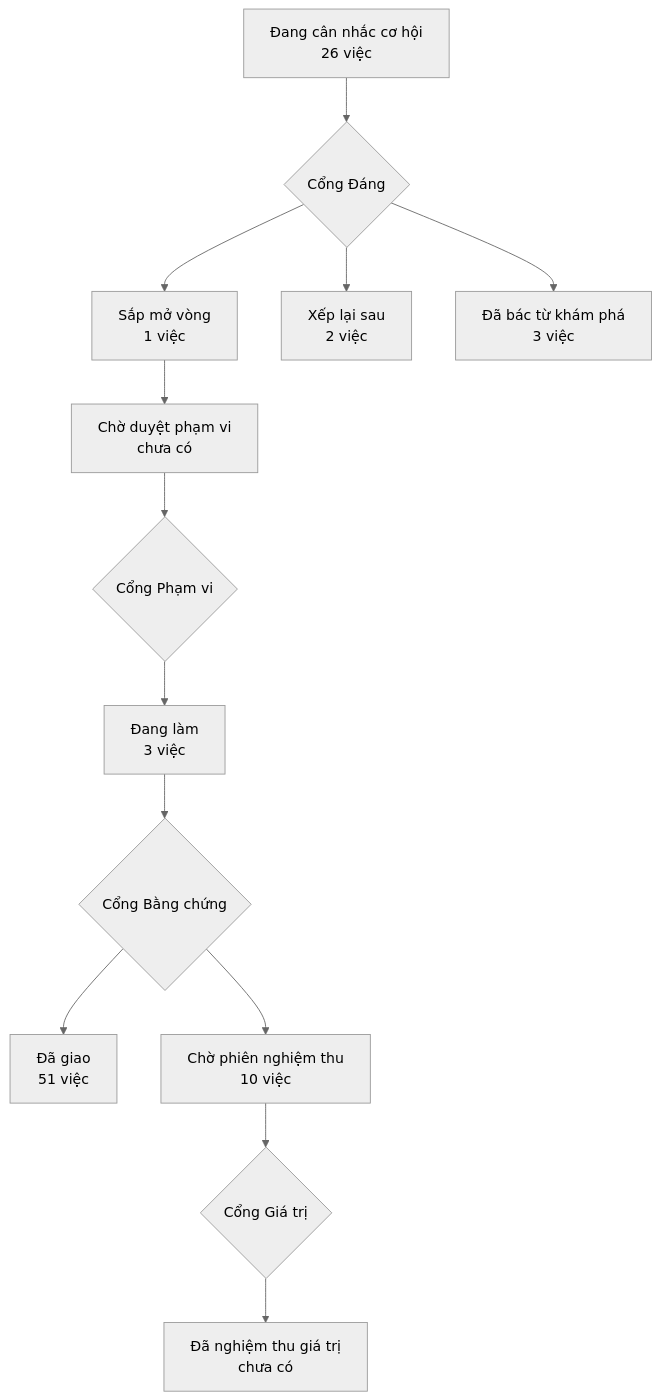
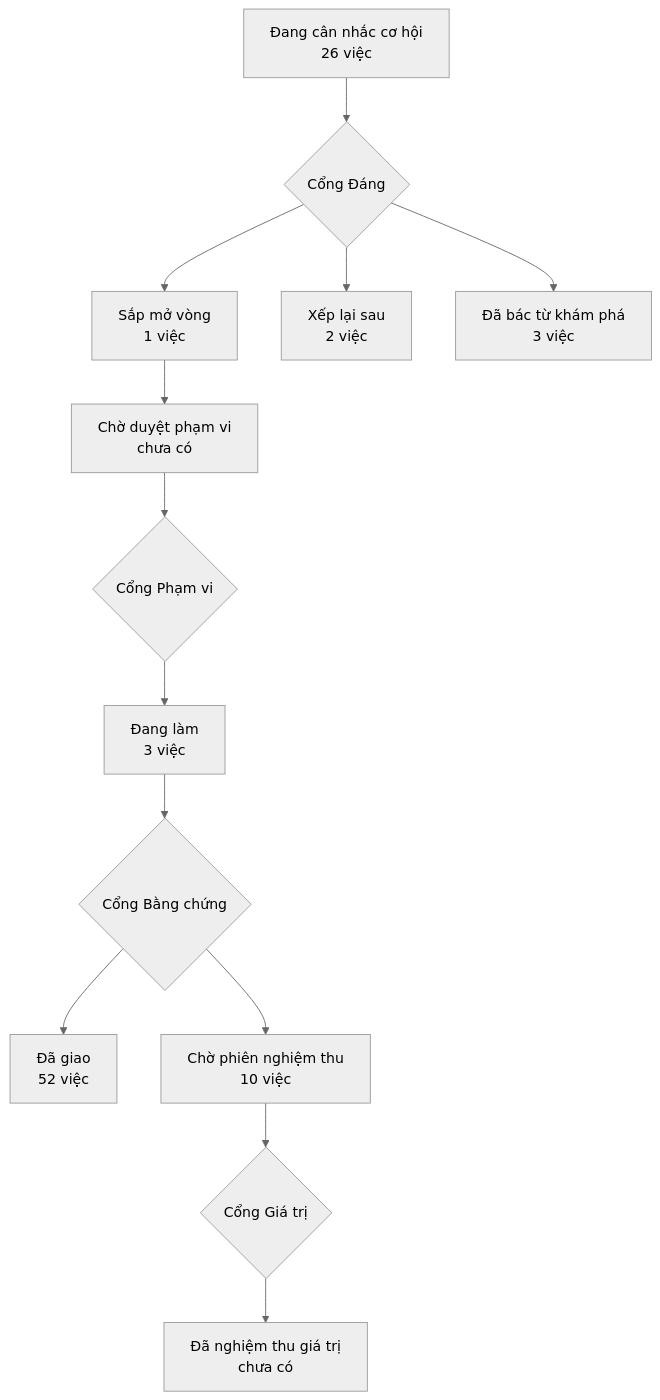
One commit to phanlemanh/acceptance-gate-kit changed the diagram in PRODUCT-MAP.md. Above: the diagram before and after it, drawn with Mermaid (neutral theme).

Commit message:
chore(product-map): vẽ lại sau khi gộp main mang vòng cua-veto-sau-chu-ky

````diff
--- a/PRODUCT-MAP.md
+++ b/PRODUCT-MAP.md
@@ -6,12 +6,12 @@
 ```mermaid
 flowchart TD
   A["Đang cân nhắc cơ hội<br/>26 việc"] --> GD{"Cổng Đáng"}
   GD --> B["Sắp mở vòng<br/>1 việc"]
   GD --> XL["Xếp lại sau<br/>2 việc"]
   GD --> DB["Đã bác từ khám phá<br/>3 việc"]
   B --> CD["Chờ duyệt phạm vi<br/>chưa có"] --> GP{"Cổng Phạm vi"}
   GP --> DL["Đang làm<br/>3 việc"] --> GB{"Cổng Bằng chứng"}
-  GB --> DG["Đã giao<br/>51 việc"]
+  GB --> DG["Đã giao<br/>52 việc"]
   GB --> CN["Chờ phiên nghiệm thu<br/>10 việc"] --> GG{"Cổng Giá trị"}
   GG --> NT["Đã nghiệm thu giá trị<br/>chưa có"]
 ```
````
